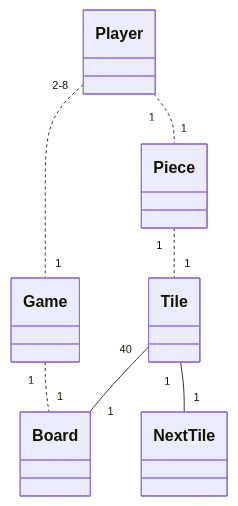
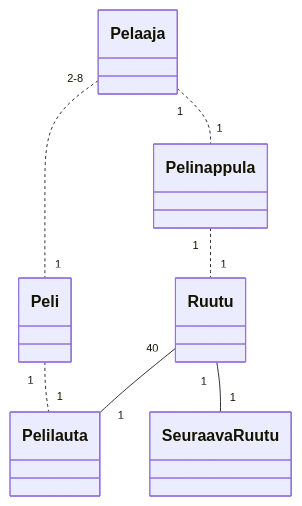
The diagram in laskarit/viikko3/tehtava1.md (jpirhel/ot-harjoitustyo), drawn with Mermaid before and after one commit.

Commit message:
Laskarit: Viikko 3: Translate to Finnish

````diff
--- a/laskarit/viikko3/tehtava1.md
+++ b/laskarit/viikko3/tehtava1.md
@@ -5,27 +5,27 @@
 ```mermaid
 classDiagram
-%% a game of Monopoly contains 2-8 players
-Player "2-8" .. "1" Game
+    %% a game of Monopoly contains 2-8 players
+    Pelaaja "2-8" .. "1" Peli
 
     %% a game is played on one board
-    Game "1" .. "1" Board
+    Peli "1" .. "1" Pelilauta
 
     %% the board contains 40 tiles
-    Tile "40" -- "1" Board
+    Ruutu "40" -- "1" Pelilauta
 
     %% a player has one piece
-    Player "1" .. "1" Piece
+    Pelaaja "1" .. "1" Pelinappula
 
     %% a piece is on a tile
-    Piece "1" .. "1" Tile
+    Pelinappula "1" .. "1" Ruutu
 
     %% a tile has a link to the next tile
-    Tile "1" -- "1" NextTile
+    Ruutu "1" -- "1" SeuraavaRuutu
 
-    class Player
-    class Piece
-    class Game
-    class Board
-    class Tile
-    class NextTile
+    class Pelaaja
+    class Peli
+    class Pelilauta
+    class Pelinappula
+    class Ruutu
+    class SeuraavaRuutu
 ```
````
